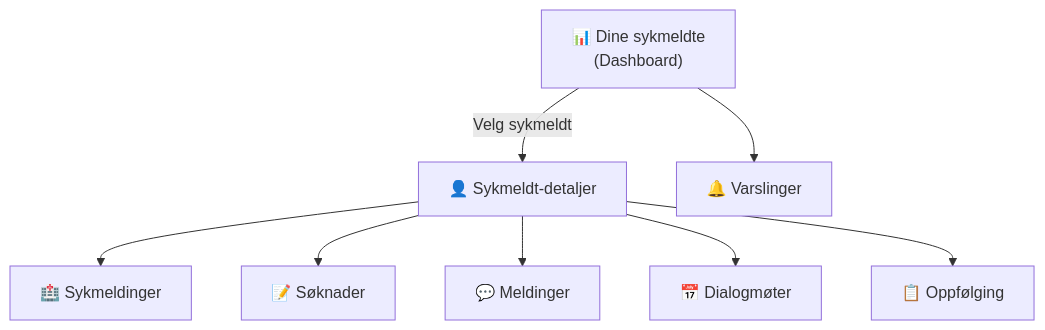
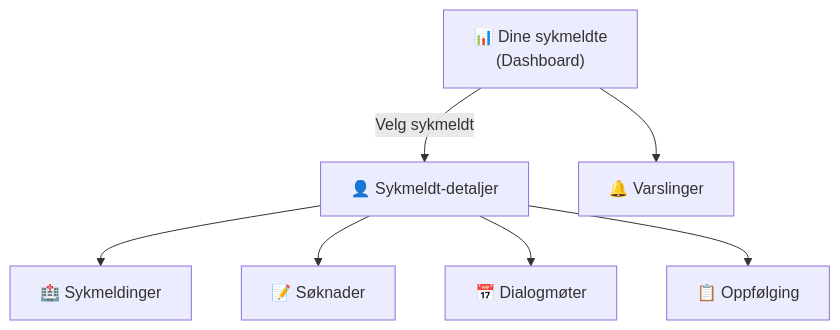
The diagram in README.md (navikt/dinesykmeldte), drawn with Mermaid before and after one commit. The commit also changed other lines of this file and 39 other files, not shown here.

````diff
--- a/README.md
+++ b/README.md
@@ -23,10 +23,9 @@
 ```mermaid
 graph TD
   Dashboard["📊 Dine sykmeldte<br/>(Dashboard)"] -->|Velg sykmeldt| EmployeeDetail["👤 Sykmeldt-detaljer"]
   Dashboard --> Alerts["🔔 Varslinger"]
   EmployeeDetail --> SickLeaves["🏥 Sykmeldinger"]
   EmployeeDetail --> Applications["📝 Søknader"]
-  EmployeeDetail --> Messages["💬 Meldinger"]
   EmployeeDetail --> Dialogmoter["📅 Dialogmøter"]
   EmployeeDetail --> FollowUp["📋 Oppfølging"]
 ```
````
